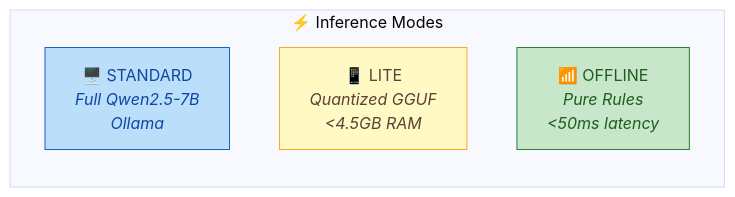
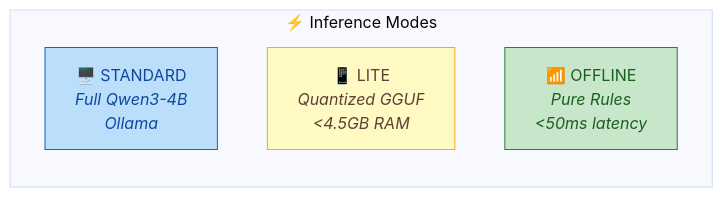
One commit to Px8Studio/yonja changed diagram 12 of 21 in docs/zekalab/03-ARCHITECTURE.md. Above: the diagram before and after it, drawn with Mermaid. The commit also changed other lines of this file and 9 other files, not shown here.

````diff
--- a/docs/zekalab/03-ARCHITECTURE.md
+++ b/docs/zekalab/03-ARCHITECTURE.md
@@ -556,13 +556,13 @@
 ```mermaid
 %%{init: {'theme': 'base', 'themeVariables': { 'primaryTextColor': '#1a1a1a', 'lineColor': '#424242'}}}%%
 graph LR
     subgraph modes["⚡ Inference Modes"]
-        standard["🖥️ STANDARD<br/><i>Full Qwen2.5-7B</i><br/><i>Ollama</i>"]
+        standard["🖥️ STANDARD<br/><i>Full Qwen3-4B</i><br/><i>Ollama</i>"]
         lite["📱 LITE<br/><i>Quantized GGUF</i><br/><i><4.5GB RAM</i>"]
         offline["📶 OFFLINE<br/><i>Pure Rules</i><br/><i><50ms latency</i>"]
     end
     
     style standard fill:#bbdefb,stroke:#1565c0,color:#0d47a1
     style lite fill:#fff9c4,stroke:#f9a825,color:#5d4037
     style offline fill:#c8e6c9,stroke:#2e7d32,color:#1b5e20
 ```
````
